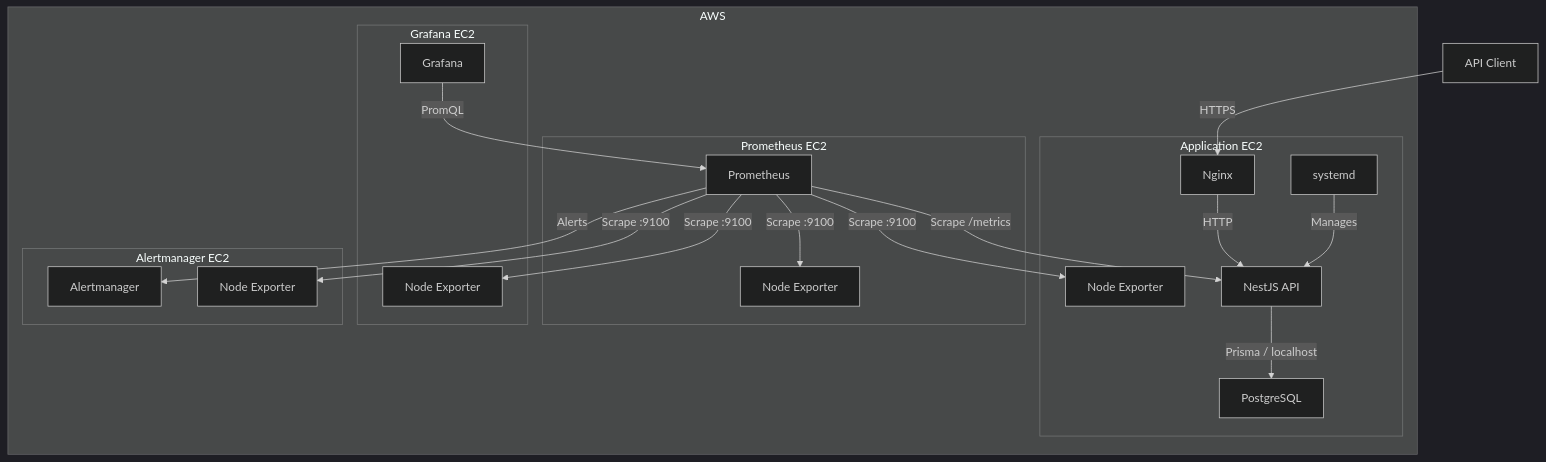
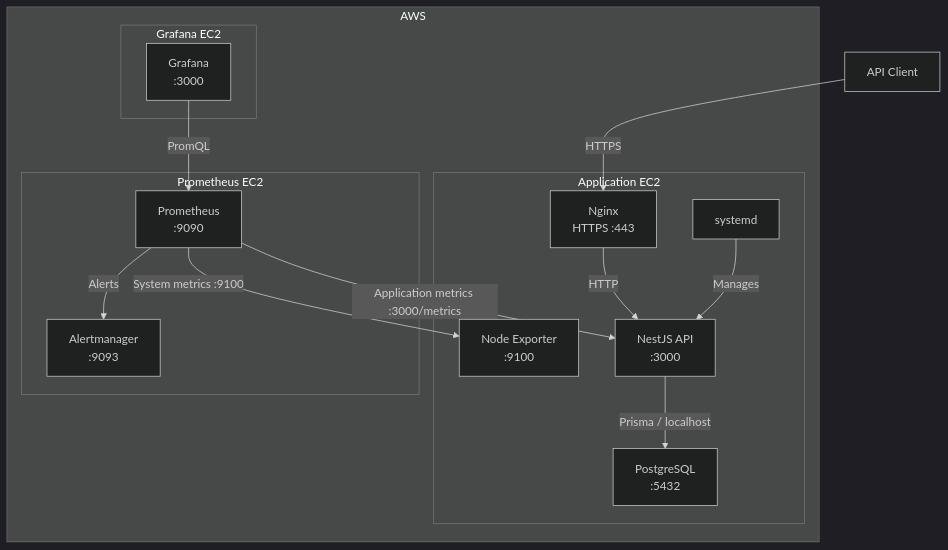
The diagram in README.md (Val242/TaskFlow), drawn with Mermaid (dark theme) before and after one commit. The commit also changed other lines of this file, not shown here.

````diff
--- a/README.md
+++ b/README.md
@@ -68,46 +67,37 @@
 ```mermaid
 flowchart TD
 
     USER["API Client"]
 
     subgraph AWS["AWS"]
 
         subgraph APP["Application EC2"]
-            NGINX["Nginx"]
-            API["NestJS API"]
-            DB["PostgreSQL"]
+            NGINX["Nginx<br/>HTTPS :443"]
+            API["NestJS API<br/>:3000"]
+            DB["PostgreSQL<br/>:5432"]
             SYSTEMD["systemd"]
-            NODE_APP["Node Exporter"]
+            NODE["Node Exporter<br/>:9100"]
         end
 
         subgraph PROM["Prometheus EC2"]
-            PROMETHEUS["Prometheus"]
-            NODE_PROM["Node Exporter"]
+            PROMETHEUS["Prometheus<br/>:9090"]
+            ALERTMANAGER["Alertmanager<br/>:9093"]
         end
 
         subgraph GRAFANA["Grafana EC2"]
-            GRAFANA_APP["Grafana"]
-            NODE_GRAFANA["Node Exporter"]
-        end
-
-        subgraph ALERT["Alertmanager EC2"]
-            ALERTMANAGER["Alertmanager"]
-            NODE_ALERT["Node Exporter"]
+            GRAFANA_APP["Grafana<br/>:3000"]
         end
     end
 
     USER -->|"HTTPS"| NGINX
     NGINX -->|"HTTP"| API
     API -->|"Prisma / localhost"| DB
 
-    PROMETHEUS -->|"Scrape /metrics"| API
-    PROMETHEUS -->|"Scrape :9100"| NODE_APP
-    PROMETHEUS -->|"Scrape :9100"| NODE_PROM
-    PROMETHEUS -->|"Scrape :9100"| NODE_GRAFANA
-    PROMETHEUS -->|"Scrape :9100"| NODE_ALERT
+    PROMETHEUS -->|"Application metrics :3000/metrics"| API
+    PROMETHEUS -->|"System metrics :9100"| NODE
 
     GRAFANA_APP -->|"PromQL"| PROMETHEUS
     PROMETHEUS -->|"Alerts"| ALERTMANAGER
 
     SYSTEMD -->|"Manages"| API
 ```
````
